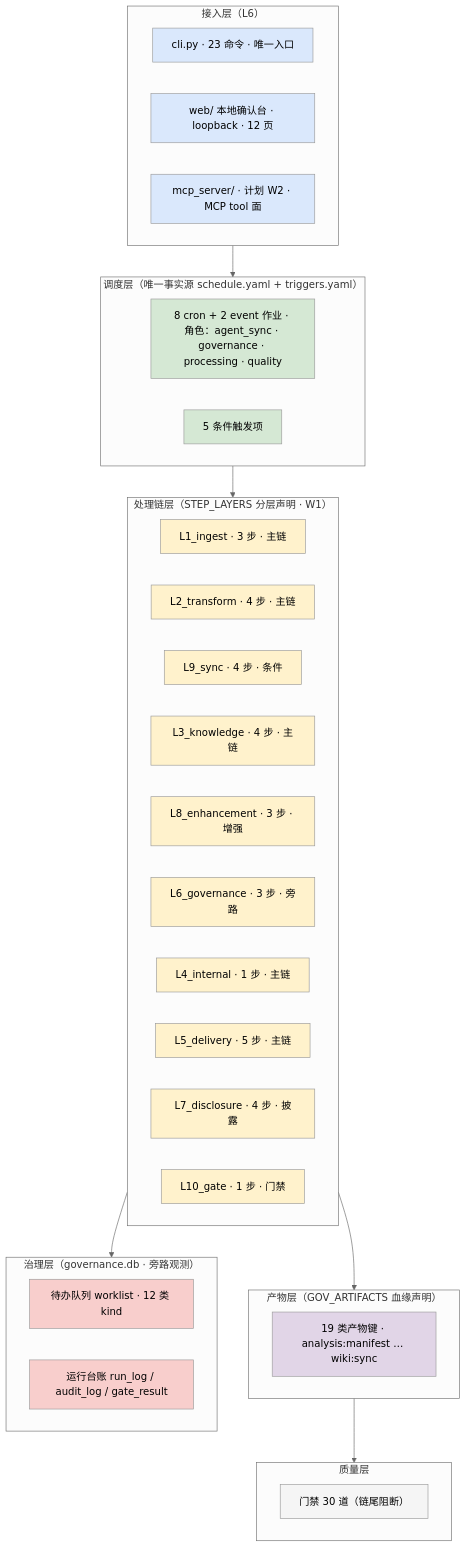
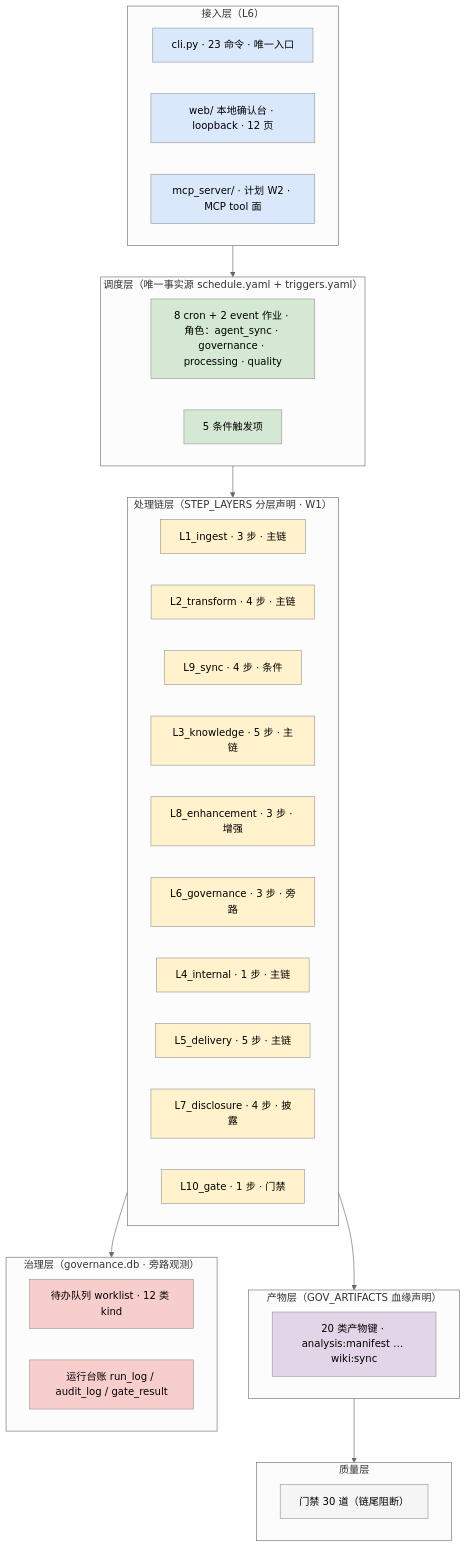
Before and after one commit to wangtierui/orchestrator: the third of 4 diagrams in README.md, drawn with Mermaid (neutral theme). The commit also changed other lines of this file and 30 other files, not shown here.

````diff
--- a/README.md
+++ b/README.md
@@ -260,58 +260,58 @@
 ```mermaid
 flowchart TB
   subgraph ACC[接入层（L6）]
     CLI[cli.py · 23 命令 · 唯一入口]
     WEB[web/ 本地确认台 · loopback · 12 页]
     MCP[mcp_server/ · 计划 W2 · MCP tool 面]
   end
   subgraph SCHED[调度层（唯一事实源 schedule.yaml + triggers.yaml）]
     JOB[8 cron + 2 event 作业 · 角色：agent_sync · governance · processing · quality]
     TRG[5 条件触发项]
   end
   subgraph CHAIN[处理链层（STEP_LAYERS 分层声明 · W1）]
     L1ingest[L1_ingest · 3 步 · 主链]
     L2transform[L2_transform · 4 步 · 主链]
     L9sync[L9_sync · 4 步 · 条件]
-    L3knowledge[L3_knowledge · 4 步 · 主链]
+    L3knowledge[L3_knowledge · 5 步 · 主链]
     L8enhancement[L8_enhancement · 3 步 · 增强]
     L6governance[L6_governance · 3 步 · 旁路]
     L4internal[L4_internal · 1 步 · 主链]
     L5delivery[L5_delivery · 5 步 · 主链]
     L7disclosure[L7_disclosure · 4 步 · 披露]
     L10gate[L10_gate · 1 步 · 门禁]
   end
   subgraph ART[产物层（GOV_ARTIFACTS 血缘声明）]
-    ARTN[19 类产物键 · analysis:manifest … wiki:sync]
+    ARTN[20 类产物键 · analysis:manifest … wiki:sync]
   end
   subgraph GOV[治理层（governance.db · 旁路观测）]
     WL[待办队列 worklist · 12 类 kind]
     LED[运行台账 run_log / audit_log / gate_result]
   end
   subgraph QUAL[质量层]
     GATES[门禁 30 道（链尾阻断）]
   end
   ACC --> SCHED --> CHAIN --> ART
   CHAIN --> GOV
   ART --> QUAL
   classDef acc fill:#dae8fc
   classDef sched fill:#d5e8d4
   classDef chain fill:#fff2cc
   classDef art fill:#e1d5e7
   classDef gov fill:#f8cecc
   classDef qual fill:#f5f5f5
   class CLI,WEB,MCP acc
   class JOB,TRG sched
   class L1ingest chain
   class L2transform chain
   class L9sync chain
   class L3knowledge chain
   class L8enhancement chain
   class L6governance chain
   class L4internal chain
   class L5delivery chain
   class L7disclosure chain
   class L10gate chain
   class ARTN art
   class WL,LED gov
   class GATES qual
 ```
````
